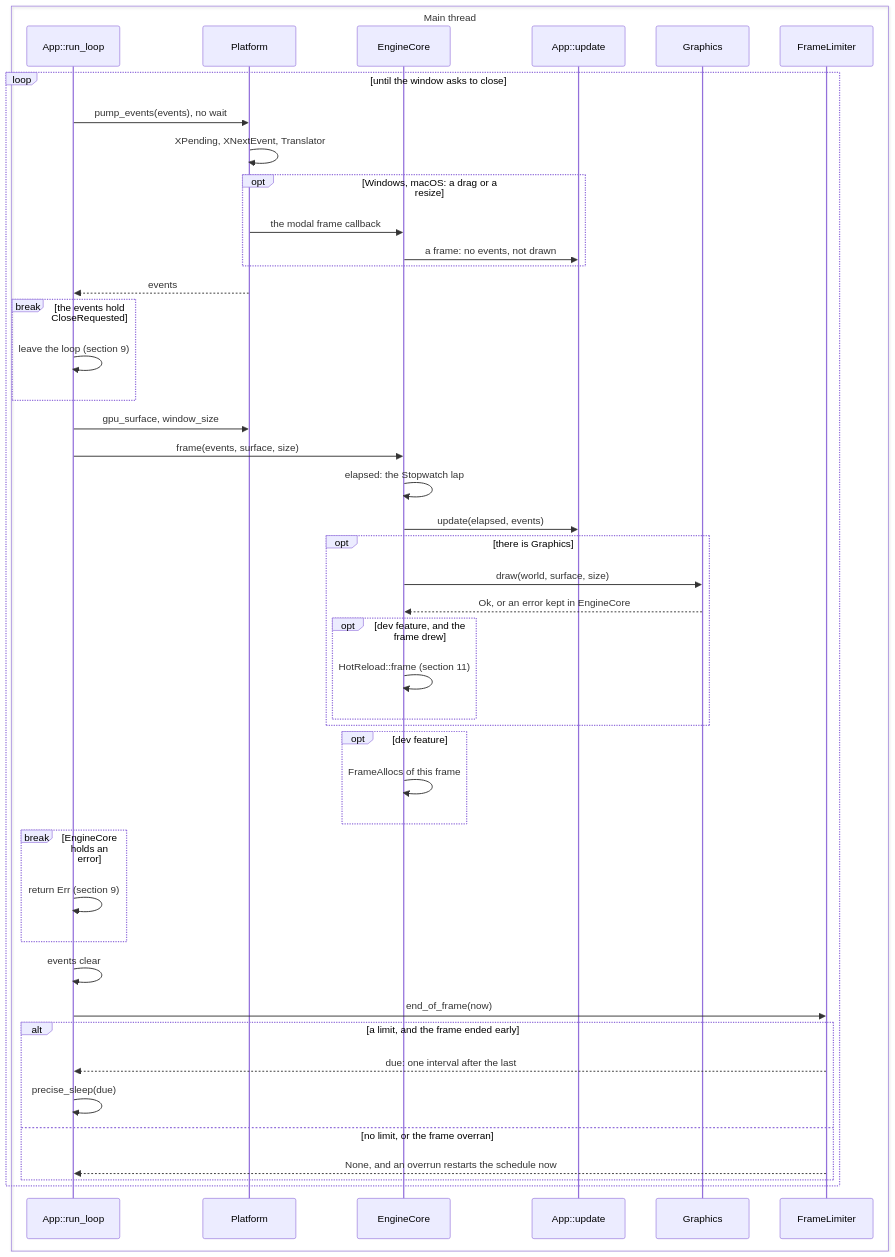
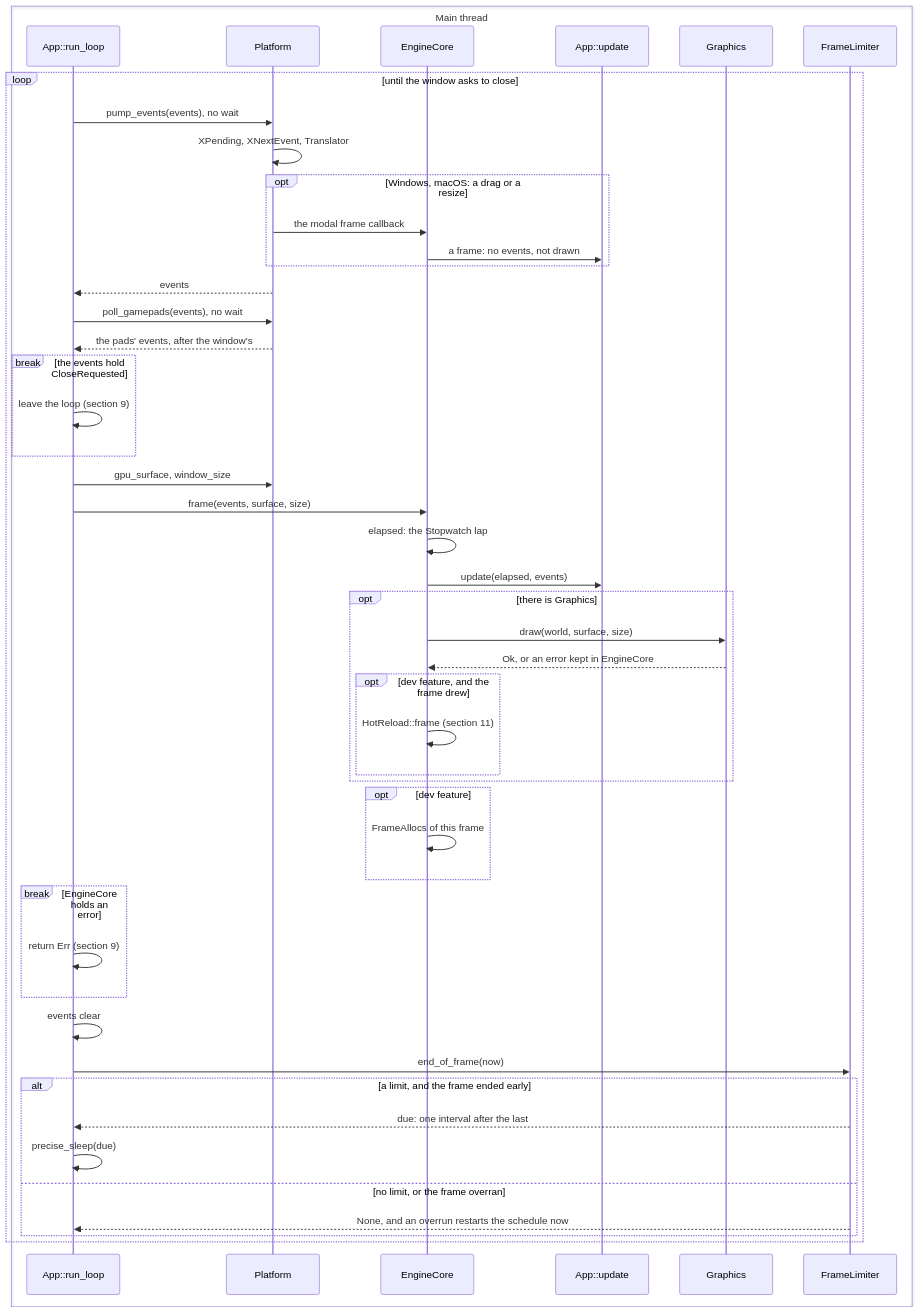
One commit to jabbott-iii/Nadir changed the third of 12 diagrams in diagrams/game-loop-sequence.md. Above: the diagram before and after it, drawn with Mermaid. The commit also changed other lines of this file and 27 other files, not shown here.

````diff
--- a/diagrams/game-loop-sequence.md
+++ b/diagrams/game-loop-sequence.md
@@ -183,49 +183,51 @@
 ```mermaid
 sequenceDiagram
     box Main thread
         participant RL as App::run_loop
         participant Plat as Platform
         participant Core as EngineCore
         participant Upd as App::update
         participant Gfx as Graphics
         participant Lim as FrameLimiter
     end
 
     loop until the window asks to close
         RL->>Plat: pump_events(events), no wait
         Plat->>Plat: XPending, XNextEvent, Translator
         opt Windows, macOS: a drag or a resize
             Plat->>Core: the modal frame callback
             Core->>Upd: a frame: no events, not drawn
         end
         Plat-->>RL: events
+        RL->>Plat: poll_gamepads(events), no wait
+        Plat-->>RL: the pads' events, after the window's
         break the events hold CloseRequested
             RL->>RL: leave the loop (section 9)
         end
         RL->>Plat: gpu_surface, window_size
         RL->>Core: frame(events, surface, size)
         Core->>Core: elapsed: the Stopwatch lap
         Core->>Upd: update(elapsed, events)
         opt there is Graphics
             Core->>Gfx: draw(world, surface, size)
             Gfx-->>Core: Ok, or an error kept in EngineCore
             opt dev feature, and the frame drew
                 Core->>Core: HotReload::frame (section 11)
             end
         end
         opt dev feature
             Core->>Core: FrameAllocs of this frame
         end
         break EngineCore holds an error
             RL->>RL: return Err (section 9)
         end
         RL->>RL: events clear
         RL->>Lim: end_of_frame(now)
         alt a limit, and the frame ended early
             Lim-->>RL: due: one interval after the last
             RL->>RL: precise_sleep(due)
         else no limit, or the frame overran
             Lim-->>RL: None, and an overrun restarts the schedule now
         end
     end
 ```
````
